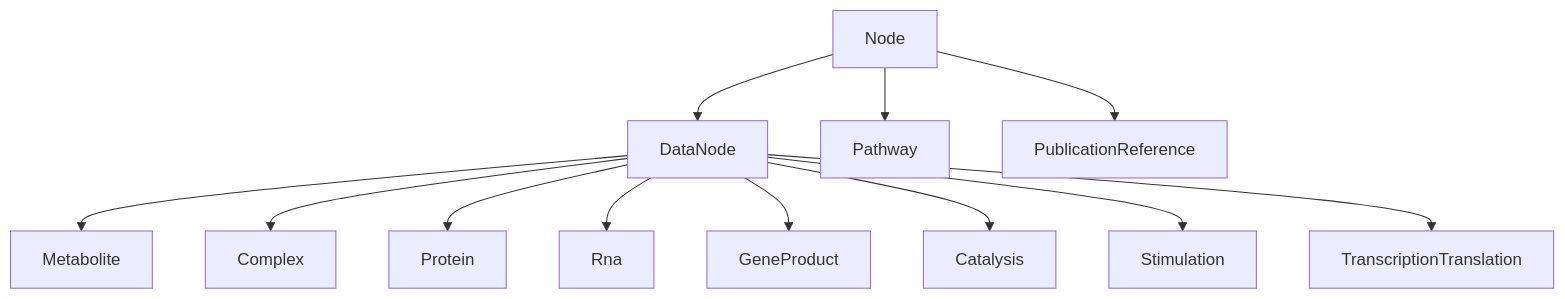
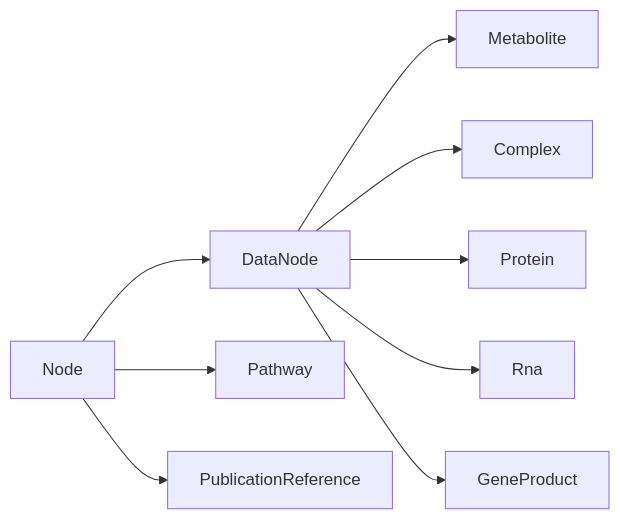
The second of 2 diagrams in ebel/manager/orientdb/biodbs/README.md (e-bel/ebel), drawn with Mermaid before and after one commit. The commit also changed 9 other files, not shown here.

````diff
--- a/ebel/manager/orientdb/biodbs/README.md
+++ b/ebel/manager/orientdb/biodbs/README.md
@@ -17,14 +17,11 @@
 ```mermaid
-graph TD;
+graph LR;
     Node --> DataNode;
     DataNode --> Metabolite;
     DataNode --> Complex;
     DataNode --> Protein;
     DataNode --> Rna;
     DataNode --> GeneProduct;
-    DataNode --> Catalysis;
-    DataNode --> Stimulation;
-    DataNode --> TranscriptionTranslation;
     Node --> Pathway;
     Node --> PublicationReference;
 ```
````
